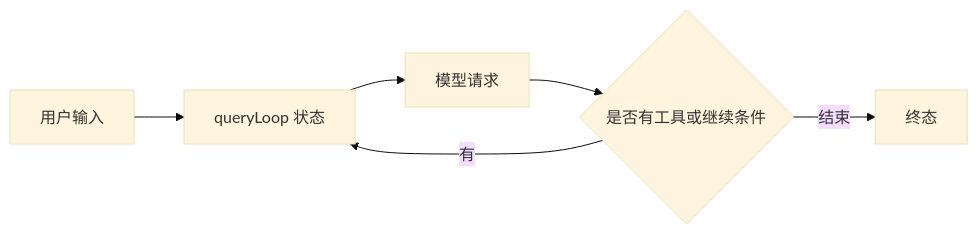
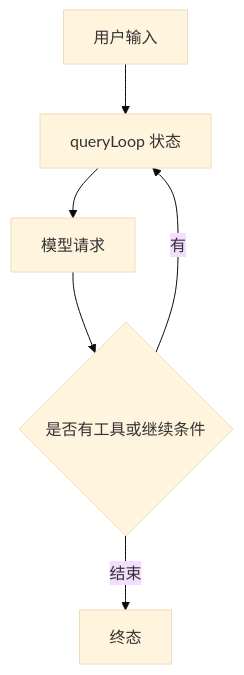
The diagram in course/01-one-run.md (Jialei-03/learn-claude-code), drawn with Mermaid (base theme) before and after one commit. The commit also changed other lines of this file and 22 other files, not shown here.

Commit message:
docs: deepen engineering chapters with source experiments and rendered diagrams

````diff
--- a/course/01-one-run.md
+++ b/course/01-one-run.md
@@ -33,8 +37,8 @@
 ```mermaid
-flowchart LR
+flowchart TD
   Input[用户输入] --> Loop[queryLoop 状态]
   Loop --> Model[模型请求]
   Model --> Tool{是否有工具或继续条件}
   Tool -->|有| Loop
   Tool -->|结束| Terminal[终态]
 ```
````
